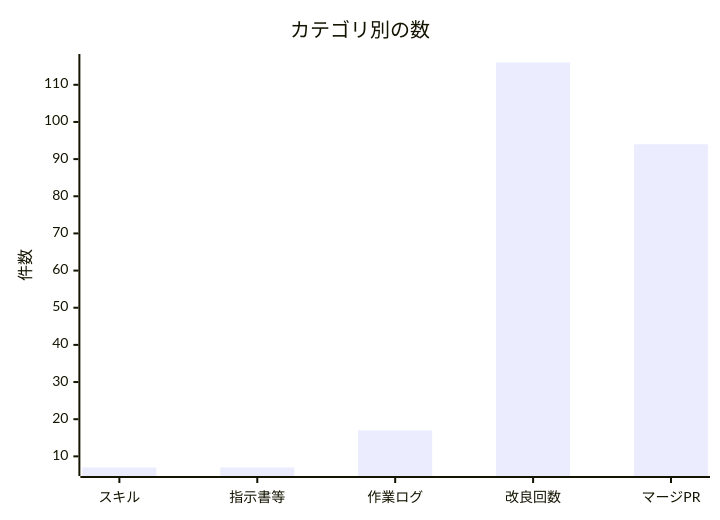
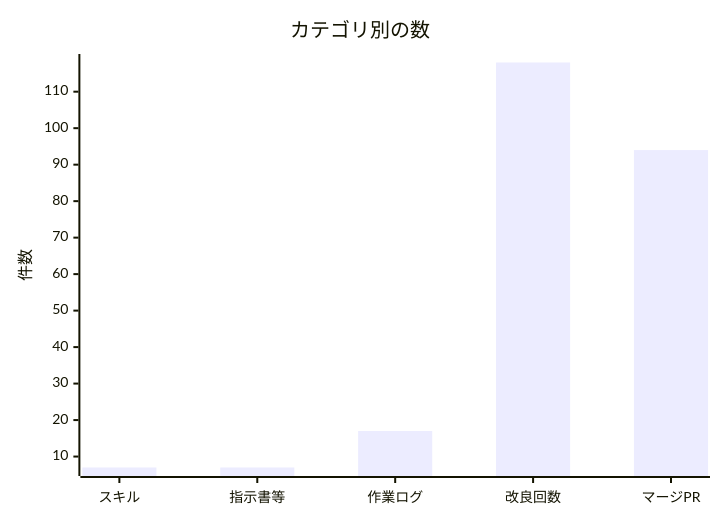
One commit to non-x2/non-x2 changed the second of 2 diagrams in docs/進化レポート.md. Above: the diagram before and after it, drawn with Mermaid. The commit also changed other lines of this file and 2 other files, not shown here.

````diff
--- a/docs/進化レポート.md
+++ b/docs/進化レポート.md
@@ -35,7 +35,7 @@
 ```mermaid
 xychart-beta
     title "カテゴリ別の数"
     x-axis ["スキル", "指示書等", "作業ログ", "改良回数", "マージPR"]
     y-axis "件数"
-    bar [7, 7, 17, 116, 94]
+    bar [7, 7, 17, 118, 94]
 ```
````
